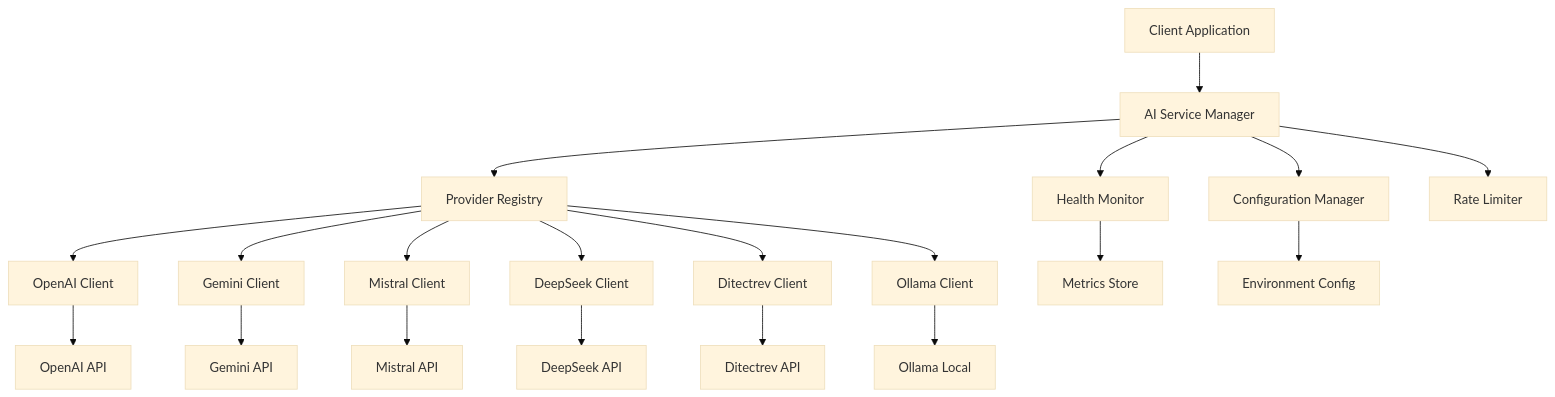
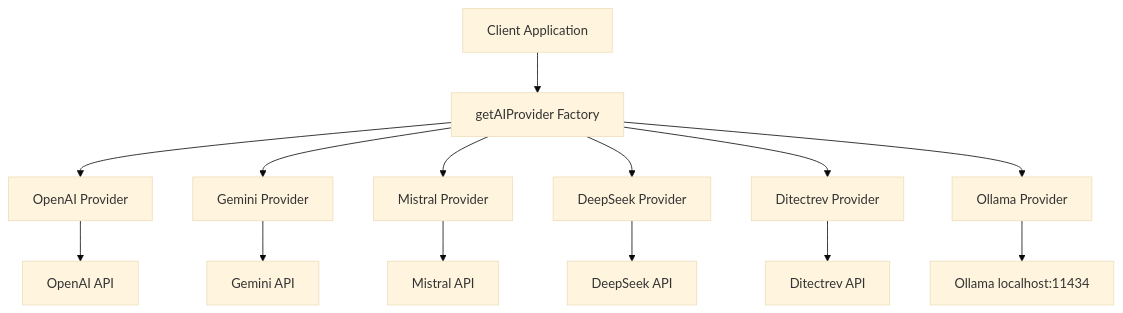
Before and after one commit to Ditectrev/Practice-Exams-Platform: the diagram in .kiro/specs/api-integrations/design.md, drawn with Mermaid (base theme). The commit also changed other lines of this file and 9 other files, not shown here.

````diff
--- a/.kiro/specs/api-integrations/design.md
+++ b/.kiro/specs/api-integrations/design.md
@@ -13,25 +13,17 @@
 ```mermaid
 graph TB
-    Client[Client Application] --> AIService[AI Service Manager]
-    AIService --> ConfigManager[Configuration Manager]
-    AIService --> ProviderRegistry[Provider Registry]
-    AIService --> HealthMonitor[Health Monitor]
-    AIService --> RateLimiter[Rate Limiter]
+    Client[Client Application] --> Factory[getAIProvider Factory]
+    Factory --> OpenAIProvider[OpenAI Provider]
+    Factory --> GeminiProvider[Gemini Provider]
+    Factory --> MistralProvider[Mistral Provider]
+    Factory --> DeepSeekProvider[DeepSeek Provider]
+    Factory --> DitectrevProvider[Ditectrev Provider]
+    Factory --> OllamaProvider[Ollama Provider]
     
-    ProviderRegistry --> OpenAIClient[OpenAI Client]
-    ProviderRegistry --> GeminiClient[Gemini Client]
-    ProviderRegistry --> MistralClient[Mistral Client]
-    ProviderRegistry --> DeepSeekClient[DeepSeek Client]
-    ProviderRegistry --> DitectrevClient[Ditectrev Client]
-    ProviderRegistry --> OllamaClient[Ollama Client]
-    
-    OpenAIClient --> OpenAIAPI[OpenAI API]
-    GeminiClient --> GeminiAPI[Gemini API]
-    MistralClient --> MistralAPI[Mistral API]
-    DeepSeekClient --> DeepSeekAPI[DeepSeek API]
-    DitectrevClient --> DitectrevAPI[Ditectrev API]
-    OllamaClient --> OllamaAPI[Ollama Local]
-    
-    HealthMonitor --> MetricsStore[Metrics Store]
-    ConfigManager --> EnvConfig[Environment Config]
+    OpenAIProvider --> OpenAIAPI[OpenAI API]
+    GeminiProvider --> GeminiAPI[Gemini API]
+    MistralProvider --> MistralAPI[Mistral API]
+    DeepSeekProvider --> DeepSeekAPI[DeepSeek API]
+    DitectrevProvider --> DitectrevAPI[Ditectrev API]
+    OllamaProvider --> OllamaLocal[Ollama localhost:11434]
 ```
````
